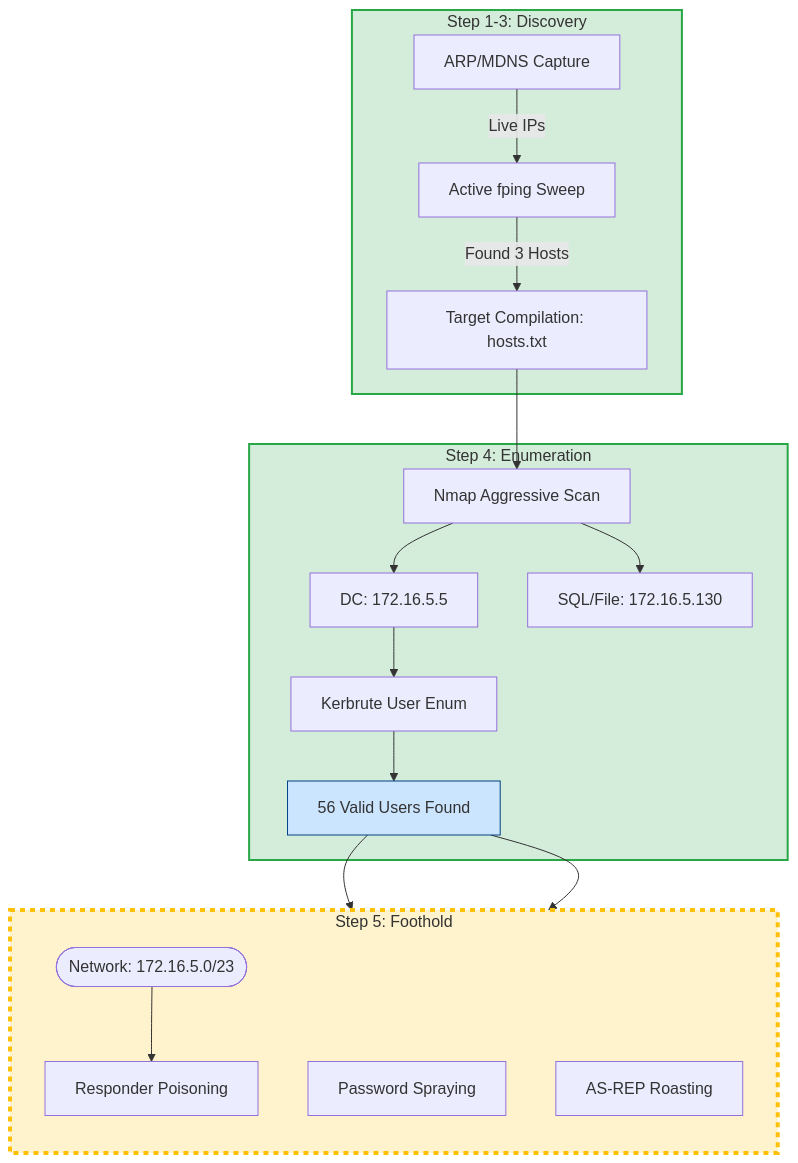
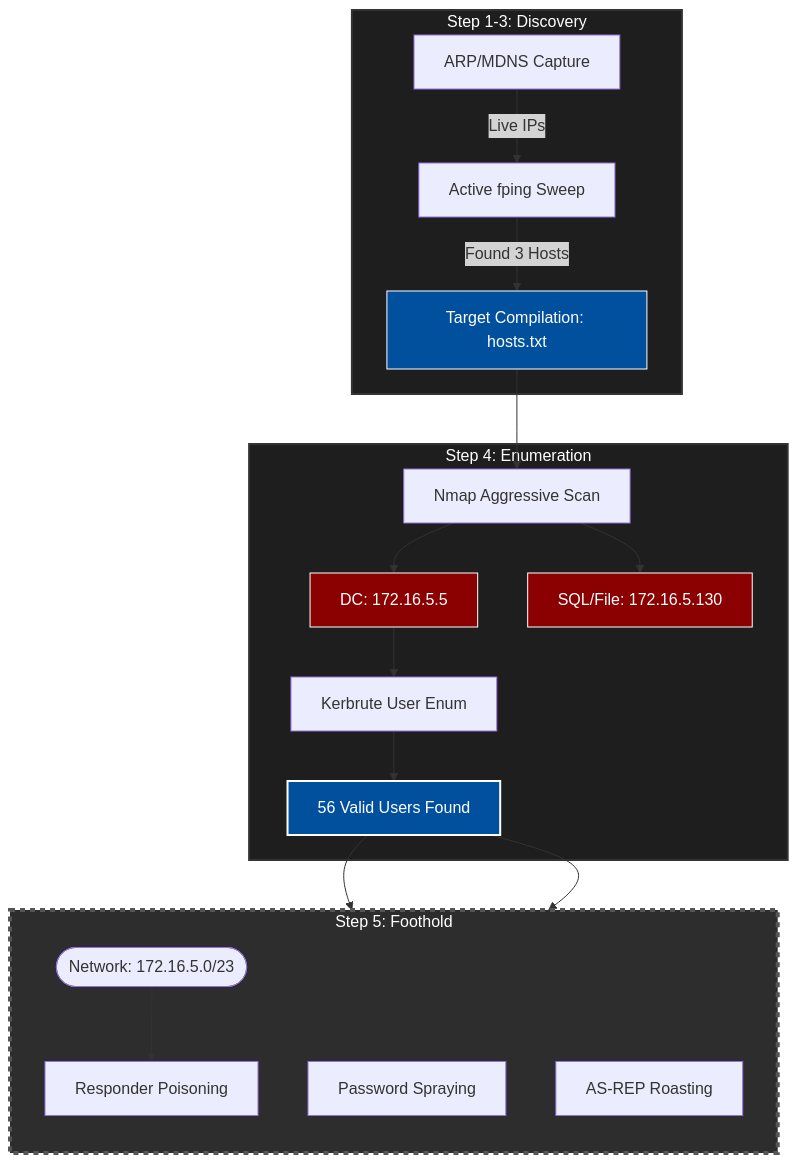
Before and after one commit to Roothulhu/Pwnomicon: the seventh of 7 diagrams in docs/10-active-directory.md, drawn with Mermaid.

````diff
--- a/docs/10-active-directory.md
+++ b/docs/10-active-directory.md
@@ -2170,35 +2158,38 @@
 ```mermaid
 graph TD
     %% Global Nodes
     Subnet([Network: 172.16.5.0/23])
     
     %% Passive Recon Phase
     subgraph Phase1 [Step 1-3: Discovery]
         ARP[ARP/MDNS Capture] -->|Live IPs| ICMP[Active fping Sweep]
         ICMP -->|Found 3 Hosts| TargetList[Target Compilation: hosts.txt]
     end
 
     %% Active Recon Phase
     subgraph Phase2 [Step 4: Enumeration]
         TargetList --> Nmap[Nmap Aggressive Scan]
         Nmap --> DC[DC: 172.16.5.5]
         Nmap --> SQL[SQL/File: 172.16.5.130]
         
         DC --> Kerbrute[Kerbrute User Enum]
         Kerbrute --> Users[56 Valid Users Found]
     end
 
     %% Current Phase
     subgraph Phase3 [Step 5: Foothold]
         direction TB
         Users --> Spray[Password Spraying]
         Users --> ASREP[AS-REP Roasting]
         Subnet --> Responder[Responder Poisoning]
     end
 
-    %% Status Styling
-    style Phase1 fill:#d4edda,stroke:#28a745,stroke-width:2px
-    style Phase2 fill:#d4edda,stroke:#28a745,stroke-width:2px
-    style Phase3 fill:#fff3cd,stroke:#ffc107,stroke-width:4px,stroke-dasharray: 5 5
-    style Users fill:#cce5ff,stroke:#004085
+    %% High Contrast Styling
+    style Phase1 fill:#1e1e1e,stroke:#333,stroke-width:2px,color:#fff
+    style Phase2 fill:#1e1e1e,stroke:#333,stroke-width:2px,color:#fff
+    style Phase3 fill:#2d2d2d,stroke:#555,stroke-width:4px,stroke-dasharray: 5 5,color:#fff
+    style Users fill:#00509e,stroke:#fff,stroke-width:2px,color:#fff
+    style TargetList fill:#00509e,stroke:#fff,color:#fff
+    style DC fill:#8b0000,stroke:#fff,color:#fff
+    style SQL fill:#8b0000,stroke:#fff,color:#fff
 ```
````
